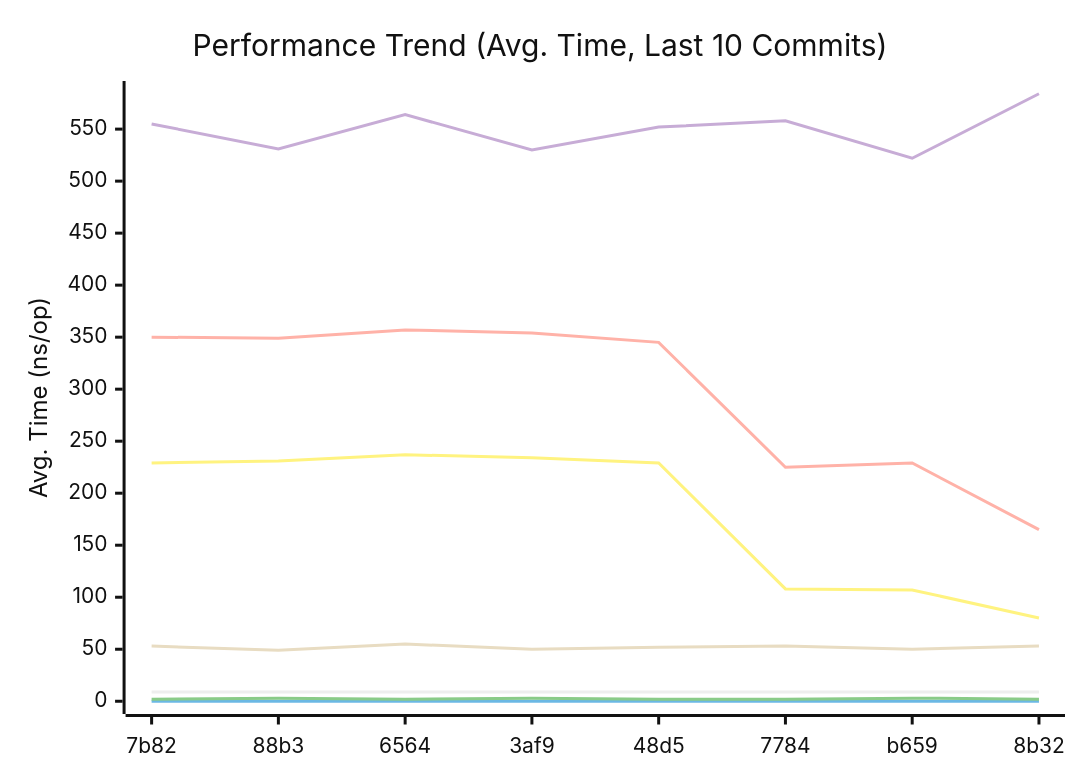
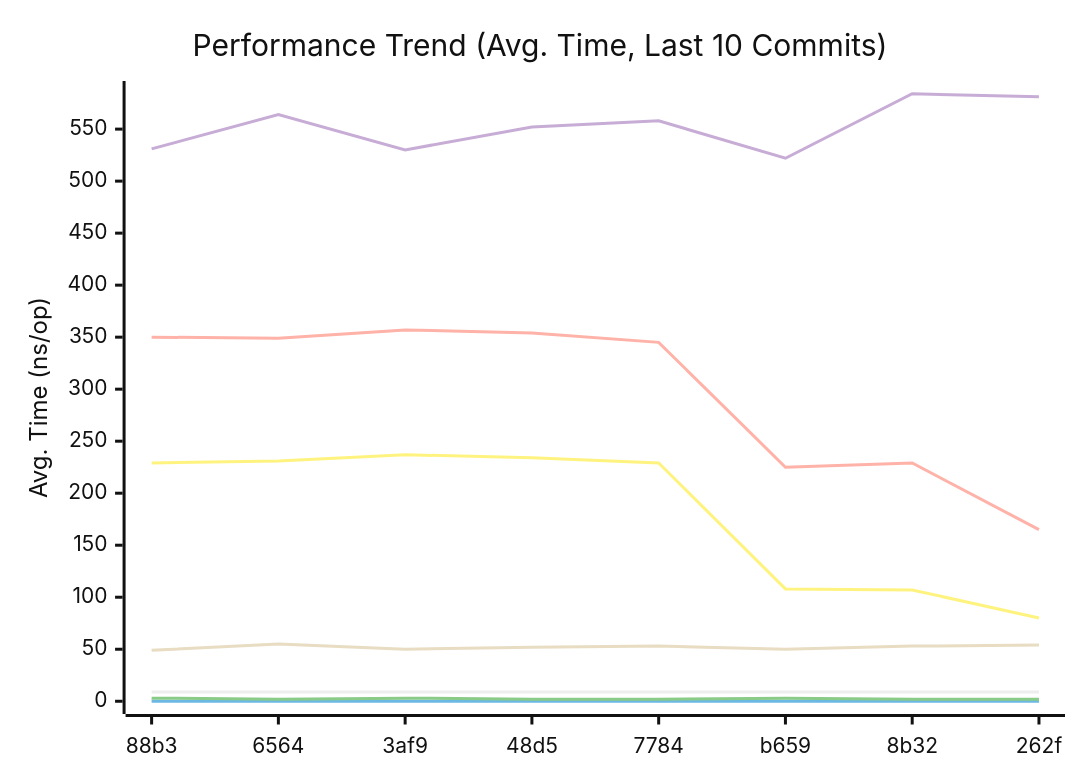
Before and after one commit to alsotoes/momo: the first of 3 diagrams in doc/README.md, drawn with Mermaid (neutral theme). The commit also changed other lines of this file and 1 other file, not shown here.

````diff
--- a/doc/README.md
+++ b/doc/README.md
@@ -296,14 +296,14 @@
 ```mermaid
 xychart-beta
     title "Performance Trend (Avg. Time, Last 10 Commits)"
     x-axis "Commit"
     y-axis "Avg. Time (ns/op)"
-    x-axis [7b82,88b3,6564,3af9,48d5,7784,b659,8b32]
-    line "CheckMetricsAndSwap" [9,9,9,9,9,9,9,9,9,8]
+    x-axis [88b3,6564,3af9,48d5,7784,b659,8b32,262f]
+    line "CheckMetricsAndSwap" [9,9,9,9,9,9,9,9,8,9]
     line "IndexDirectTracking" [0,0,0,0,0,0,0,0,0,0]
-    line "IndexSearch" [2,3,2,3,2,2,3,2,2,4]
-    line "LoadGlobalConfig" [555,531,564,530,552,558,522,584,581,581]
-    line "PadString" [53,49,55,50,52,53,50,53,54,51]
+    line "IndexSearch" [3,2,3,2,2,3,2,2,4,3]
+    line "LoadGlobalConfig" [531,564,530,552,558,522,584,581,581,595]
+    line "PadString" [49,55,50,52,53,50,53,54,51,54]
     line "ParseReplicationOrder_NoPrealloc" [350,349,357,354,345,225,229,165,232,234]
     line "ParseReplicationOrder_Prealloc" [229,231,237,234,229,108,107,80,110,109]
 ```
````
